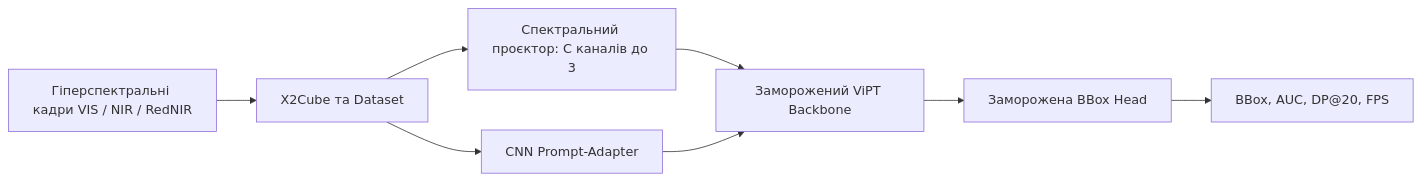
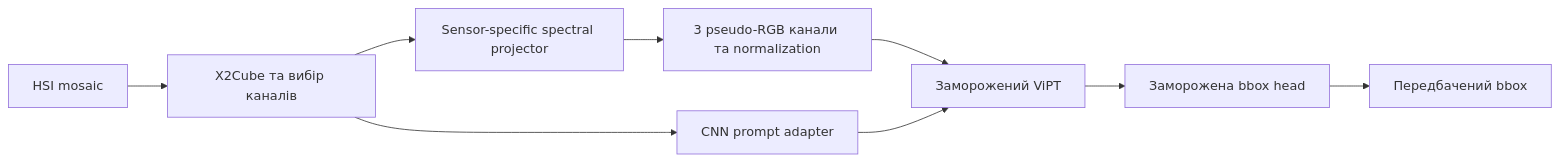
The diagram in README.md (BodiyaKol/hyper-spectral-object-tracking), drawn with Mermaid before and after one commit. The commit also changed other lines of this file and 19 other files, not shown here.

````diff
--- a/README.md
+++ b/README.md
@@ -11,10 +25,11 @@
 ```mermaid
 flowchart LR
-	A[Гіперспектральні кадри VIS / NIR / RedNIR] --> B[X2Cube та Dataset]
-	B --> C[Спектральний проєктор: C каналів до 3]
-	B --> D[CNN Prompt-Adapter]
-	C --> E[Заморожений ViPT Backbone]
-	D --> E
-	E --> F[Заморожена BBox Head]
-	F --> G[BBox, AUC, DP@20, FPS]
+		A[HSI mosaic] --> B[X2Cube та вибір каналів]
+		B --> C[Sensor-specific spectral projector]
+		C --> D[3 pseudo-RGB канали та normalization]
+		B --> E[CNN prompt adapter]
+		D --> F[Заморожений ViPT]
+		E --> F
+		F --> G[Заморожена bbox head]
+		G --> H[Передбачений bbox]
 ```
````
